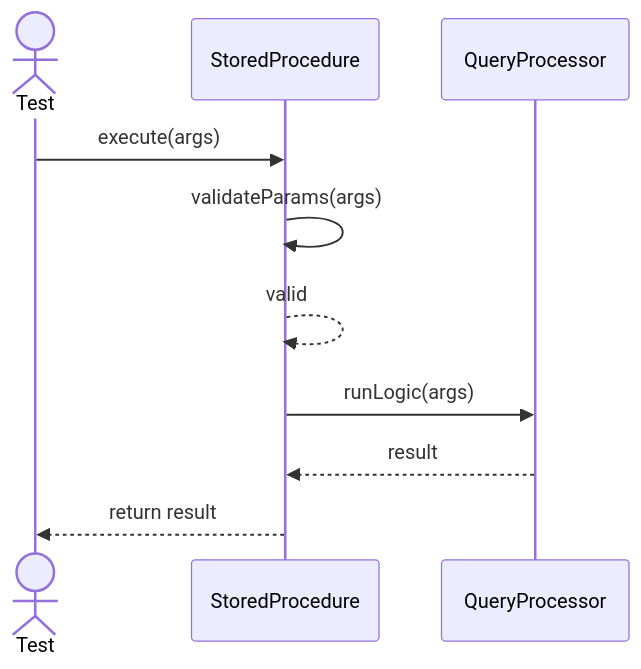
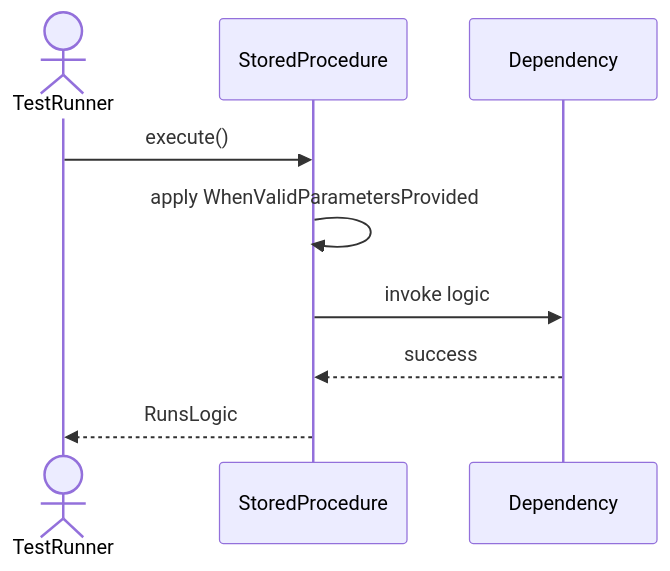
Before and after one commit to TamBui1706/DBMS: the first of 6 diagrams in Sequences/DatabaseObjectManagement/StoredProcedure.md, drawn with Mermaid. The commit also changed other lines of this file and 63 other files, not shown here.

Commit message:
Draw sequence diagram for unit tests

````diff
--- a/Sequences/DatabaseObjectManagement/StoredProcedure.md
+++ b/Sequences/DatabaseObjectManagement/StoredProcedure.md
@@ -15,13 +17,10 @@
 ```mermaid
 sequenceDiagram
-    actor Test
+    actor TestRunner
     participant StoredProcedure
-    participant QueryProcessor
-
-    Test->>StoredProcedure: execute(args)
-    StoredProcedure->>StoredProcedure: validateParams(args)
-    StoredProcedure-->>StoredProcedure: valid
-    StoredProcedure->>QueryProcessor: runLogic(args)
-    QueryProcessor-->>StoredProcedure: result
-    StoredProcedure-->>Test: return result
+    TestRunner->>StoredProcedure: execute()
+    StoredProcedure->>StoredProcedure: apply WhenValidParametersProvided
+    StoredProcedure->>Dependency: invoke logic
+    Dependency-->>StoredProcedure: success
+    StoredProcedure-->>TestRunner: RunsLogic
 ```
````
